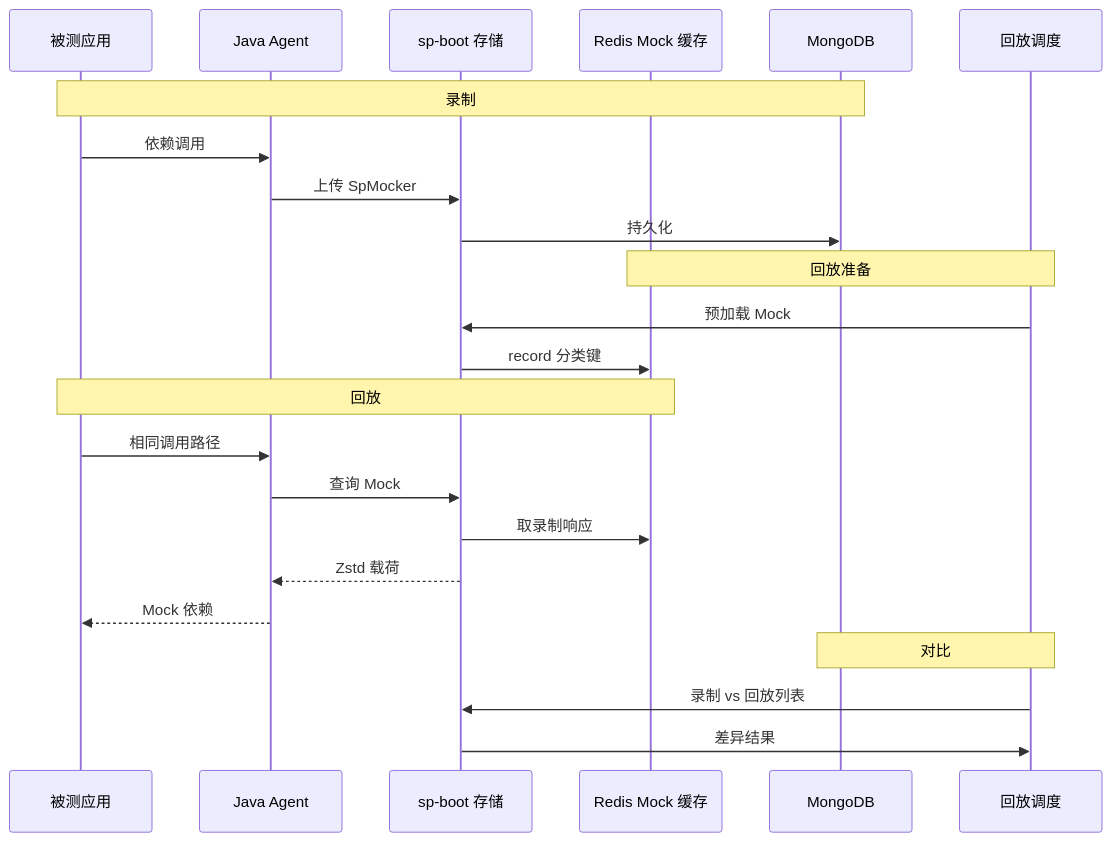
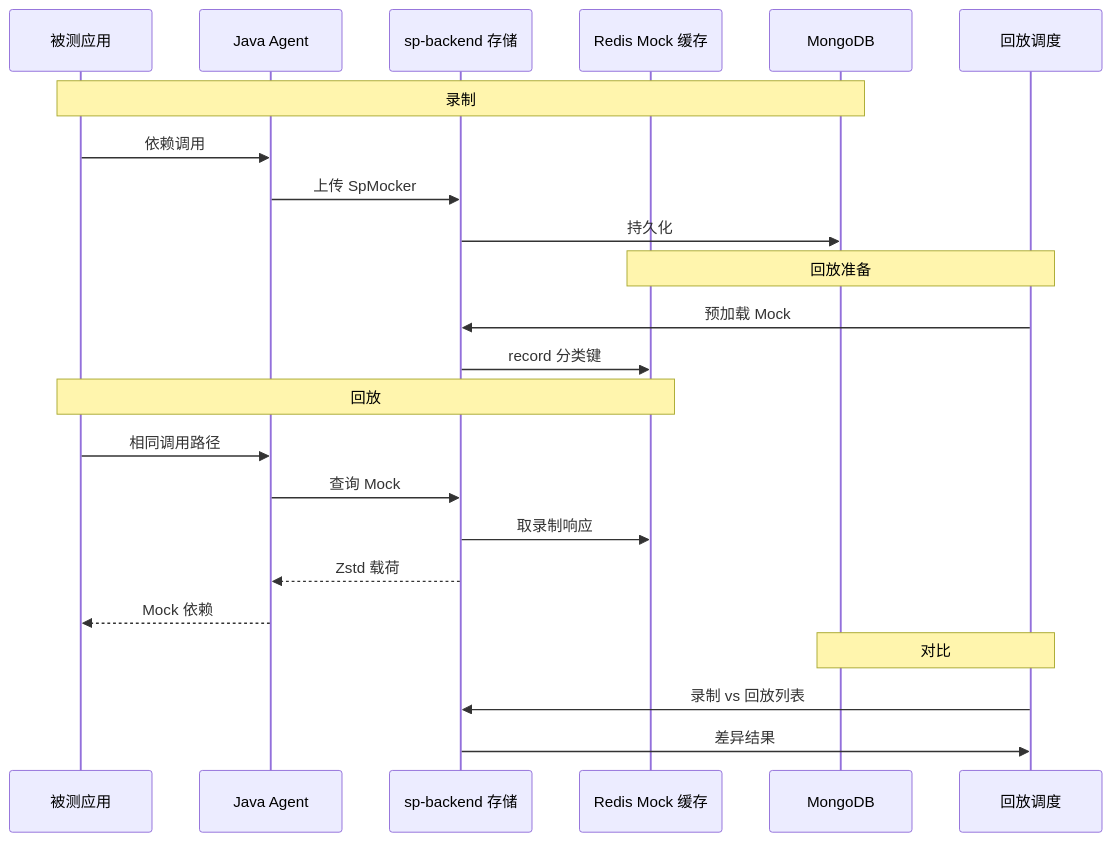
The diagram in zh/testing/how-it-works.md (softprobe/document-website), drawn with Mermaid before and after one commit. The commit also changed other lines of this file and 26 other files, not shown here.

````diff
--- a/zh/testing/how-it-works.md
+++ b/zh/testing/how-it-works.md
@@ -11,29 +11,29 @@
 ```mermaid
 sequenceDiagram
   participant App as 被测应用
   participant Agent as Java Agent
-  participant Storage as sp-boot 存储
+  participant Storage as sp-backend 存储
   participant Redis as Redis Mock 缓存
   participant Mongo as MongoDB
   participant Schedule as 回放调度
 
   Note over App,Mongo: 录制
   App->>Agent: 依赖调用
   Agent->>Storage: 上传 SpMocker
   Storage->>Mongo: 持久化
 
   Note over Schedule,Redis: 回放准备
   Schedule->>Storage: 预加载 Mock
   Storage->>Redis: record 分类键
 
   Note over App,Redis: 回放
   App->>Agent: 相同调用路径
   Agent->>Storage: 查询 Mock
   Storage->>Redis: 取录制响应
   Storage-->>Agent: Zstd 载荷
   Agent-->>App: Mock 依赖
 
   Note over Schedule,Mongo: 对比
   Schedule->>Storage: 录制 vs 回放列表
   Storage->>Schedule: 差异结果
 ```
````
